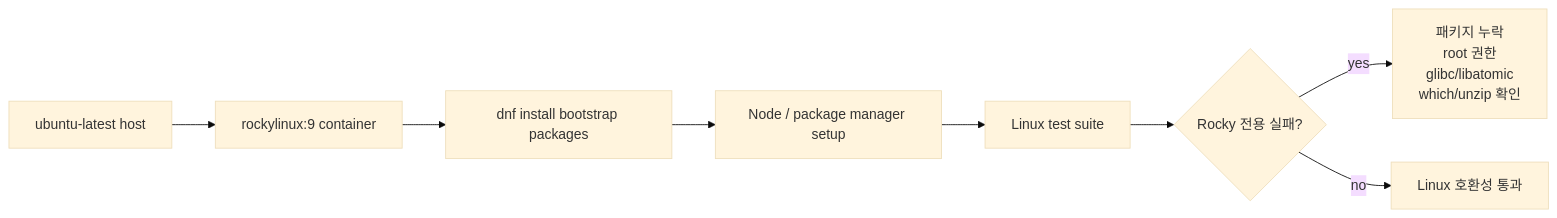
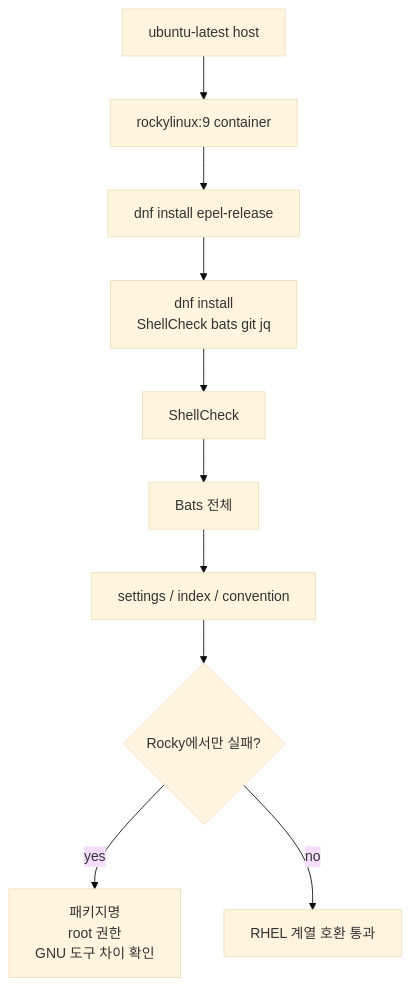
Before and after one commit to jomarusoup/Arachne: the fifth of 9 diagrams in docs/ci.md, drawn with Mermaid (base theme). The commit also changed other lines of this file and 4 other files, not shown here.

````diff
--- a/docs/ci.md
+++ b/docs/ci.md
@@ -249,10 +160,12 @@
 ```mermaid
-flowchart LR
+flowchart TB
     A["ubuntu-latest host"] --> B["rockylinux:9 container"]
-    B --> C["dnf install bootstrap packages"]
-    C --> D["Node / package manager setup"]
-    D --> E["Linux test suite"]
-    E --> F{"Rocky 전용 실패?"}
-    F -->|yes| G["패키지 누락<br/>root 권한<br/>glibc/libatomic<br/>which/unzip 확인"]
-    F -->|no| H["Linux 호환성 통과"]
+    B --> C["dnf install epel-release"]
+    C --> D["dnf install<br/>ShellCheck bats git jq"]
+    D --> E["ShellCheck"]
+    E --> F["Bats 전체"]
+    F --> G["settings / index / convention"]
+    G --> H{"Rocky에서만 실패?"}
+    H -->|yes| I["패키지명<br/>root 권한<br/>GNU 도구 차이 확인"]
+    H -->|no| J["RHEL 계열 호환 통과"]
 ```
````
